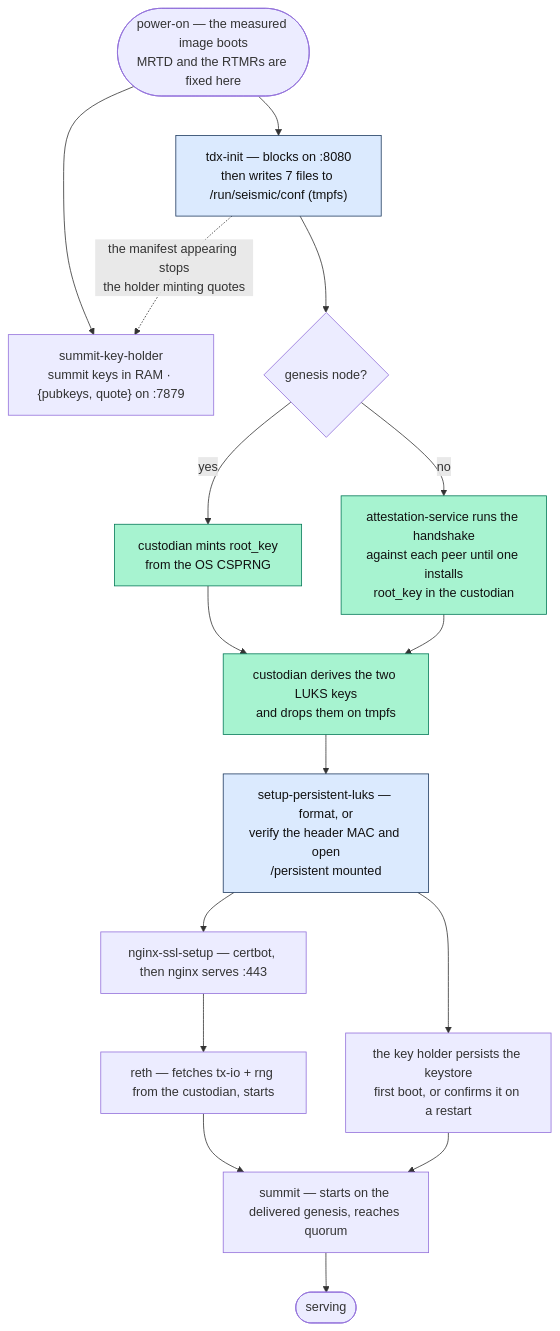
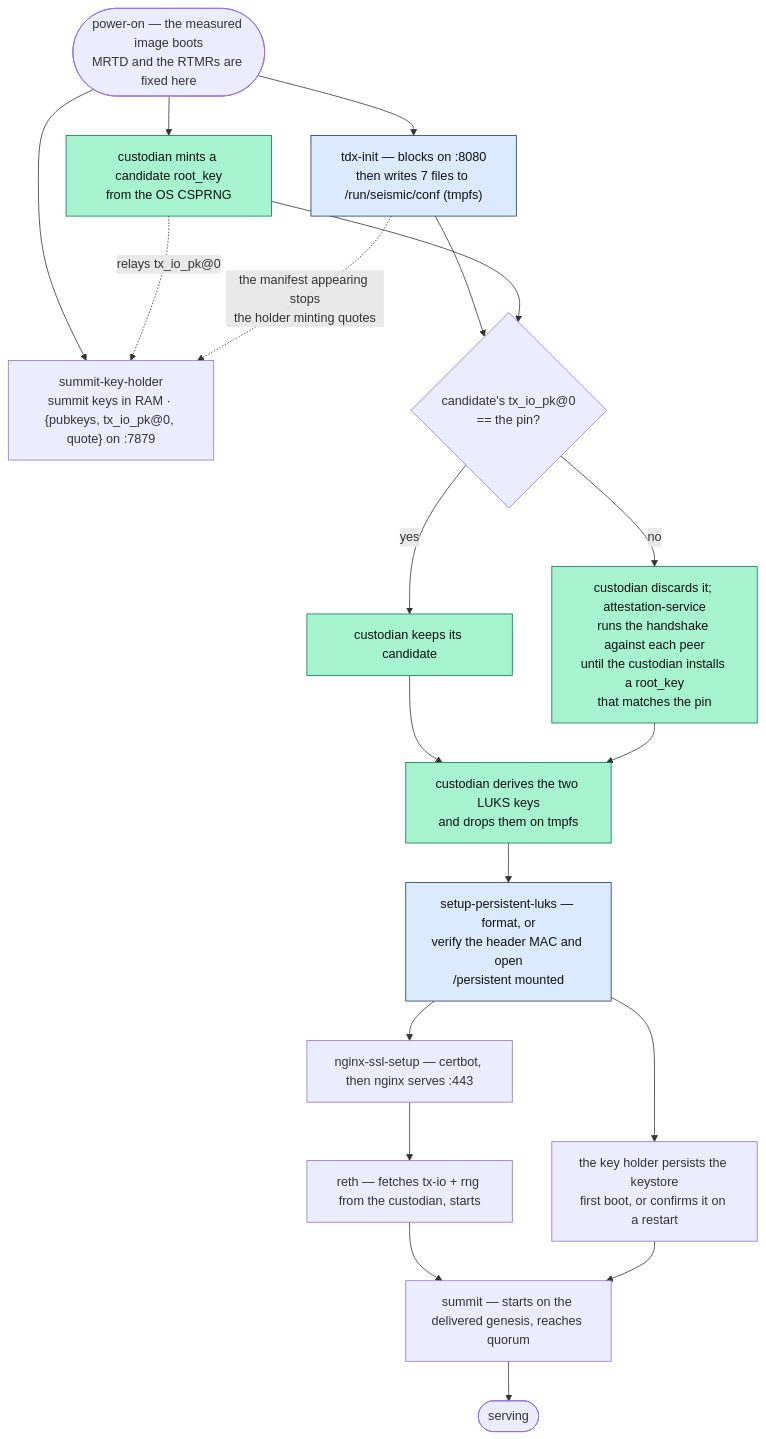
One commit to SeismicSystems/seismic changed the diagram in docs/tee/architecture.md. Above: the diagram before and after it, drawn with Mermaid. The commit also changed other lines of this file and 8 other files, not shown here.

First line of the commit message:
docs(tee): record the root-key commitment decision and correct the TEE docs

````diff
--- a/docs/tee/architecture.md
+++ b/docs/tee/architecture.md
@@ -501,29 +512,32 @@
 ```mermaid
 flowchart TD
     B(["power-on — the measured image boots<br/>MRTD and the RTMRs are fixed here"])
-    KH["summit-key-holder<br/>summit keys in RAM · {pubkeys, quote} on :7879"]
+    KH["summit-key-holder<br/>summit keys in RAM · {pubkeys, tx_io_pk@0, quote} on :7879"]
+    CC["custodian mints a candidate root_key<br/>from the OS CSPRNG"]
     T["tdx-init — blocks on :8080<br/>then writes 7 files to /run/seismic/conf (tmpfs)"]
-    C{"genesis node?"}
-    G["custodian mints root_key<br/>from the OS CSPRNG"]
-    F["attestation-service runs the handshake<br/>against each peer until one installs<br/>root_key in the custodian"]
+    C{"candidate's tx_io_pk@0<br/>== the pin?"}
+    G["custodian keeps its candidate"]
+    F["custodian discards it; attestation-service<br/>runs the handshake against each peer<br/>until the custodian installs a root_key<br/>that matches the pin"]
     K["custodian derives the two LUKS keys<br/>and drops them on tmpfs"]
     L["setup-persistent-luks — format, or<br/>verify the header MAC and open<br/>/persistent mounted"]
     N["nginx-ssl-setup — certbot, then nginx serves :443"]
     R["reth — fetches tx-io + rng from the custodian, starts"]
     P["the key holder persists the keystore<br/>first boot, or confirms it on a restart"]
     S["summit — starts on the delivered genesis, reaches quorum"]
     OK(["serving"])
 
     B --> KH
+    B --> CC -.->|"relays tx_io_pk@0"| KH
     B --> T --> C
+    CC --> C
     C -- yes --> G --> K
     C -- no --> F --> K
     K --> L --> N --> R --> S --> OK
     L --> P --> S
     T -.->|"the manifest appearing stops<br/>the holder minting quotes"| KH
 
     classDef secret fill:#a7f3d0,stroke:#047857,color:#111;
     classDef pinned fill:#dbeafe,stroke:#1e3a5f,color:#111;
-    class G,F,K secret;
+    class CC,G,F,K secret;
     class T,L pinned;
 ```
````
